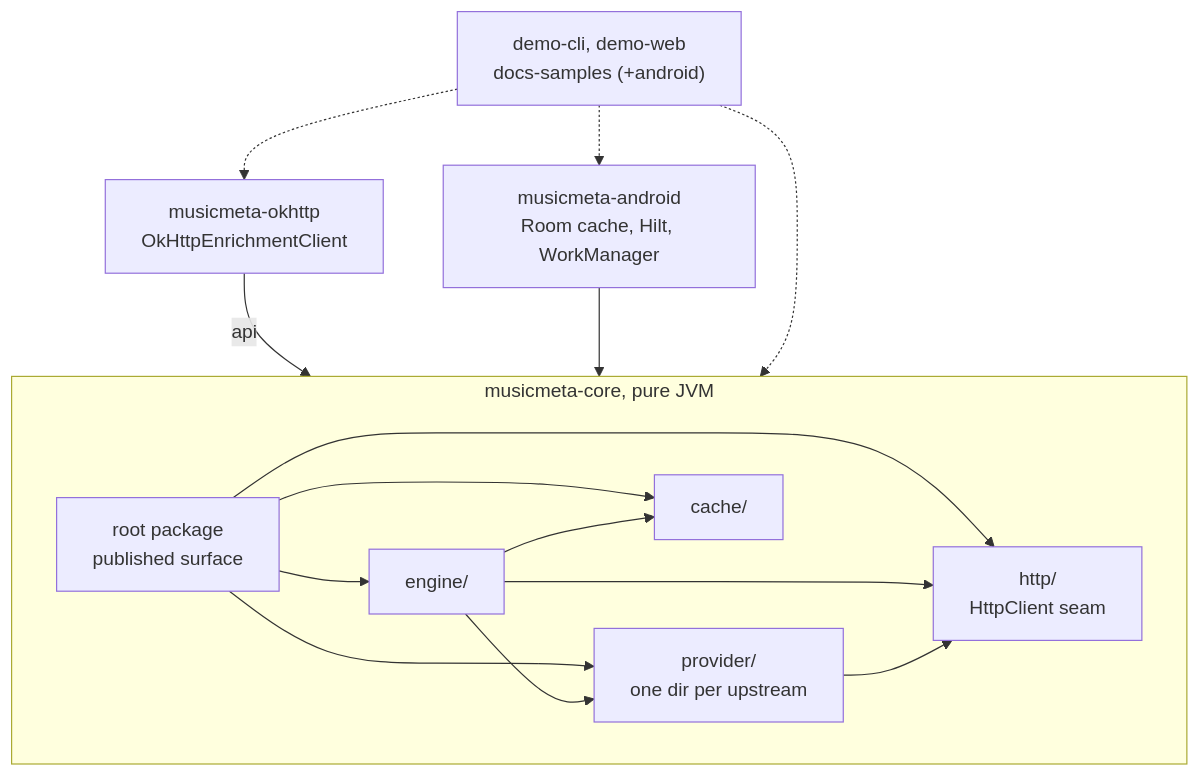
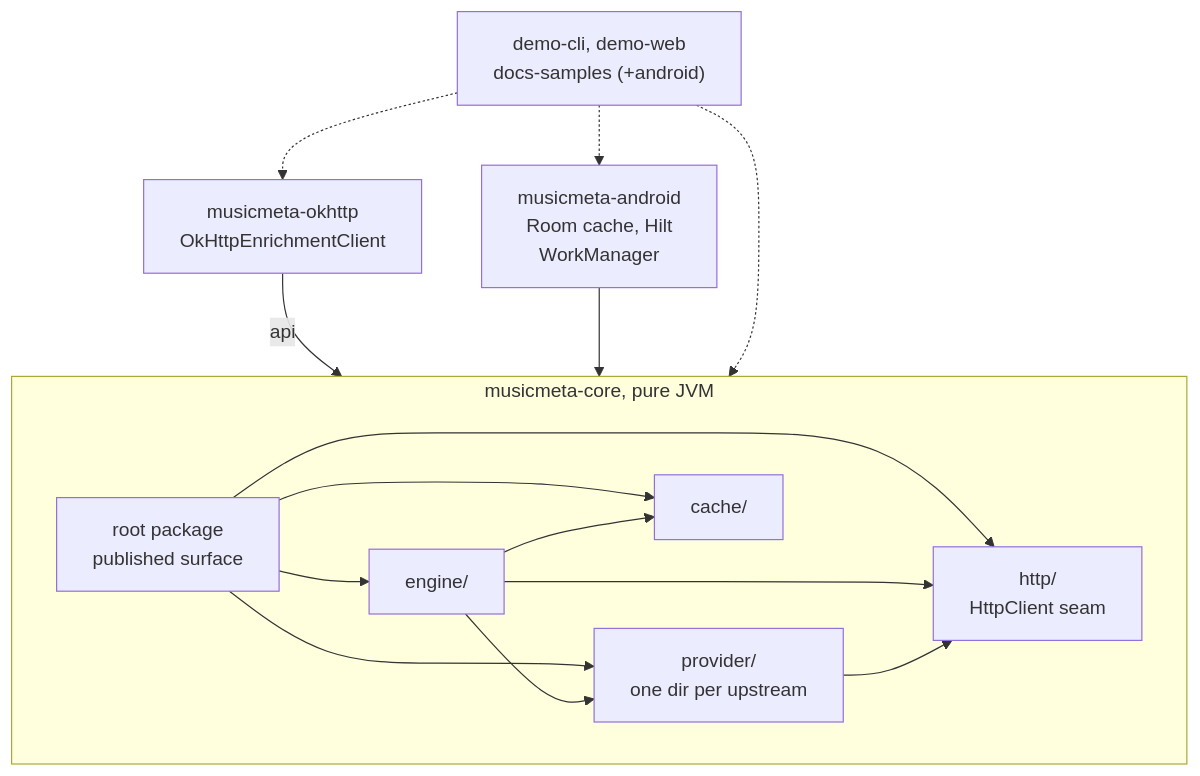
Before and after one commit to famesjranko/musicmeta: the first of 2 diagrams in ARCHITECTURE.md, drawn with Mermaid.

Commit message:
docs: wrap the android node label so WorkManager fits

````diff
--- a/ARCHITECTURE.md
+++ b/ARCHITECTURE.md
@@ -30,23 +30,23 @@
 ```mermaid
 flowchart TD
     subgraph core["musicmeta-core, pure JVM"]
         published["root package<br/>published surface"]
         engine["engine/"]
         provider["provider/<br/>one dir per upstream"]
         cache["cache/"]
         http["http/<br/>HttpClient seam"]
         published --> engine
         published --> provider
         published --> cache
         published --> http
         engine --> provider
         engine --> cache
         engine --> http
         provider --> http
     end
     okhttp["musicmeta-okhttp<br/>OkHttpEnrichmentClient"] -->|api| core
-    android["musicmeta-android<br/>Room cache, Hilt, WorkManager"] --> core
+    android["musicmeta-android<br/>Room cache, Hilt<br/>WorkManager"] --> core
     demos["demo-cli, demo-web<br/>docs-samples (+android)"] -.-> core
     demos -.-> okhttp
     demos -.-> android
 ```
````
